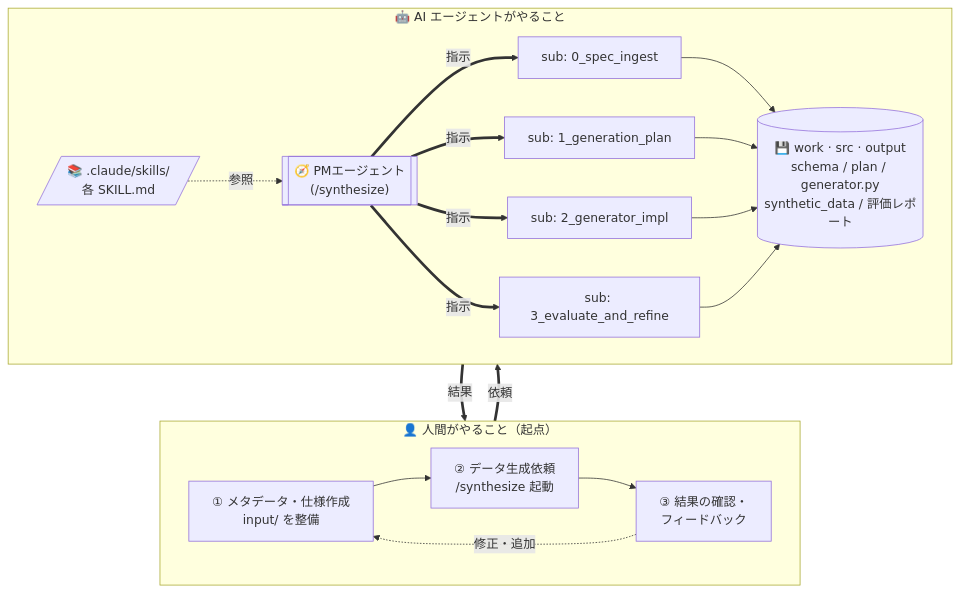
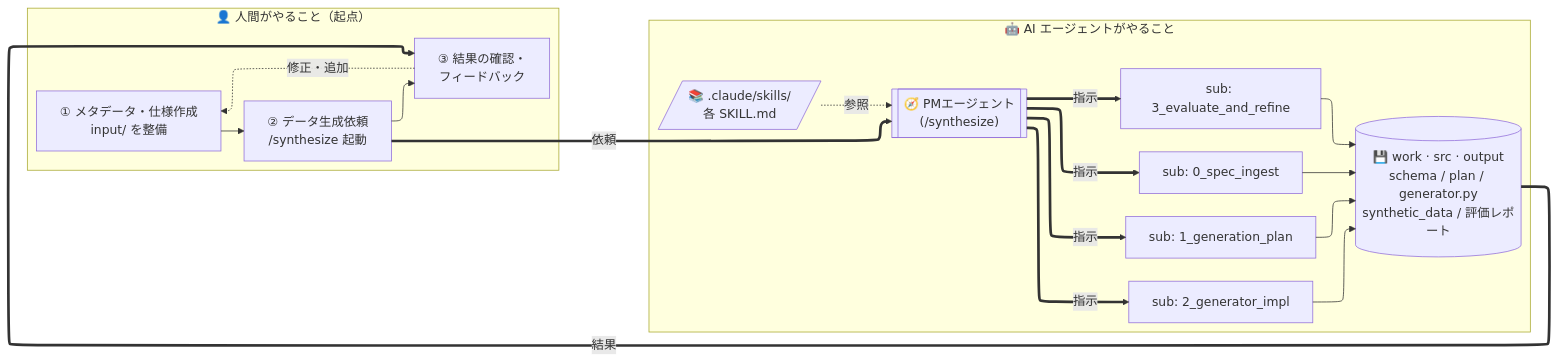
The diagram in README.md (gghatano/mockdata-generator), drawn with Mermaid before and after one commit.

Commit message:
docs(readme): use ELK renderer for stable HUMAN(left) / AGENT(right) layout
GitHub mermaid's default dagre renderer kept flipping the two subgraphs
based on cross-edge direction (the result loop arrow pulled AGENT to
the left). Pin the renderer to ELK via the init directive — ELK
respects subgraph declaration order much more reliably, so HUMAN ends
up on the left as intended.

````diff
--- a/README.md
+++ b/README.md
@@ -11,35 +11,36 @@
 ```mermaid
-flowchart TB
+%%{init: {"flowchart": {"defaultRenderer": "elk"}} }%%
+flowchart LR
     subgraph HUMAN["👤 人間がやること（起点）"]
-        direction LR
+        direction TB
         H1["① メタデータ・仕様作成<br/>input/ を整備"]
         H2["② データ生成依頼<br/>/synthesize 起動"]
         H3["③ 結果の確認・<br/>フィードバック"]
         H1 --> H2 --> H3
         H3 -. 修正・追加 .-> H1
     end
 
     subgraph AGENT["🤖 AI エージェントがやること"]
-        direction LR
+        direction TB
         SKILLS[/"📚 .claude/skills/<br/>各 SKILL.md"/]
         PM[["🧭 PMエージェント<br/>(/synthesize)"]]
         SA0["sub: 0_spec_ingest"]
         SA1["sub: 1_generation_plan"]
         SA2["sub: 2_generator_impl"]
         SA3["sub: 3_evaluate_and_refine"]
         OUT[("💾 work · src · output<br/>schema / plan / generator.py<br/>synthetic_data / 評価レポート")]
 
         SKILLS -. 参照 .-> PM
         PM == 指示 ==> SA0
         PM == 指示 ==> SA1
         PM == 指示 ==> SA2
         PM == 指示 ==> SA3
         SA0 --> OUT
         SA1 --> OUT
         SA2 --> OUT
         SA3 --> OUT
     end
 
     H2 ==>|依頼| PM
     OUT ==>|結果| H3
 ```
````
